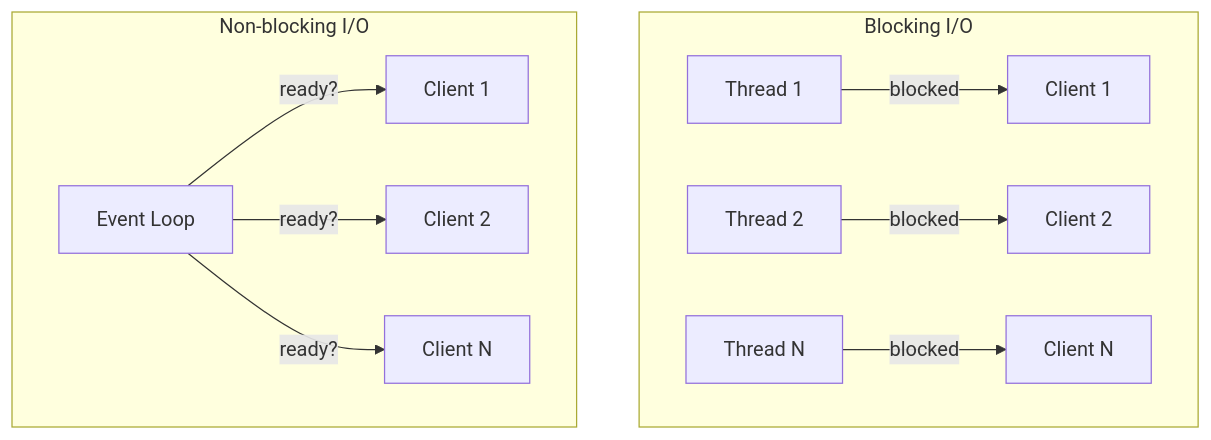
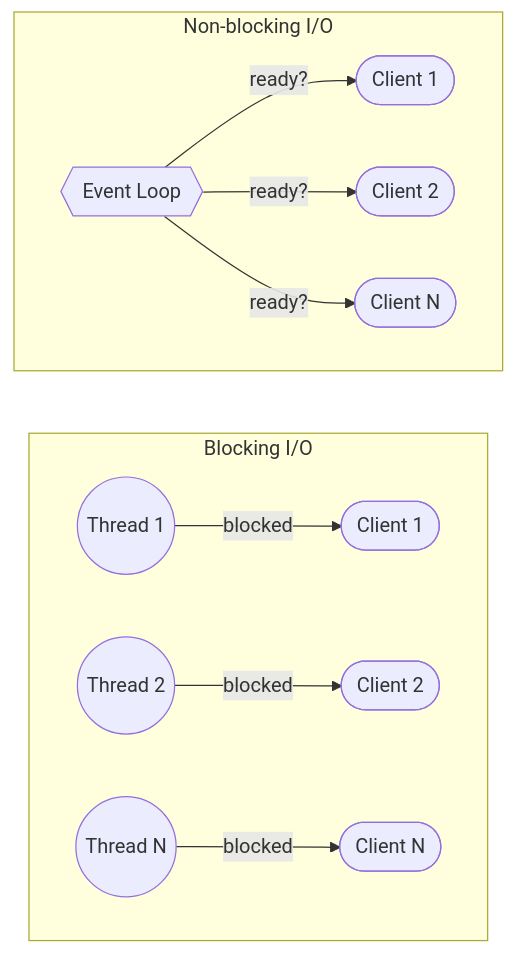
Before and after one commit to saivamsikaruturi/vamsilabs-dev-notes-main: the fifth of 8 diagrams in docs/java/NIO.md, drawn with Mermaid. The commit also changed other lines of this file and 146 other files, not shown here.

Commit message:
Horizontal diagrams, UML class diagrams, typography overhaul, and permalink cleanup

````diff
--- a/docs/java/NIO.md
+++ b/docs/java/NIO.md
@@ -178,13 +179,15 @@
 ```mermaid
-graph TB
+flowchart LR
     subgraph "Blocking I/O"
-        T1[Thread 1] -->|blocked| C1[Client 1]
-        T2[Thread 2] -->|blocked| C2[Client 2]
-        TN[Thread N] -->|blocked| CN[Client N]
+        direction LR
+        T1(("Thread 1")) -->|blocked| C1(["Client 1"])
+        T2(("Thread 2")) -->|blocked| C2(["Client 2"])
+        TN(("Thread N")) -->|blocked| CN(["Client N"])
     end
     subgraph "Non-blocking I/O"
-        ET[Event Loop] -->|ready?| NC1[Client 1]
-        ET -->|ready?| NC2[Client 2]
-        ET -->|ready?| NCN[Client N]
+        direction LR
+        ET{{"Event Loop"}} -->|ready?| NC1(["Client 1"])
+        ET -->|ready?| NC2(["Client 2"])
+        ET -->|ready?| NCN(["Client N"])
     end
 ```
````
